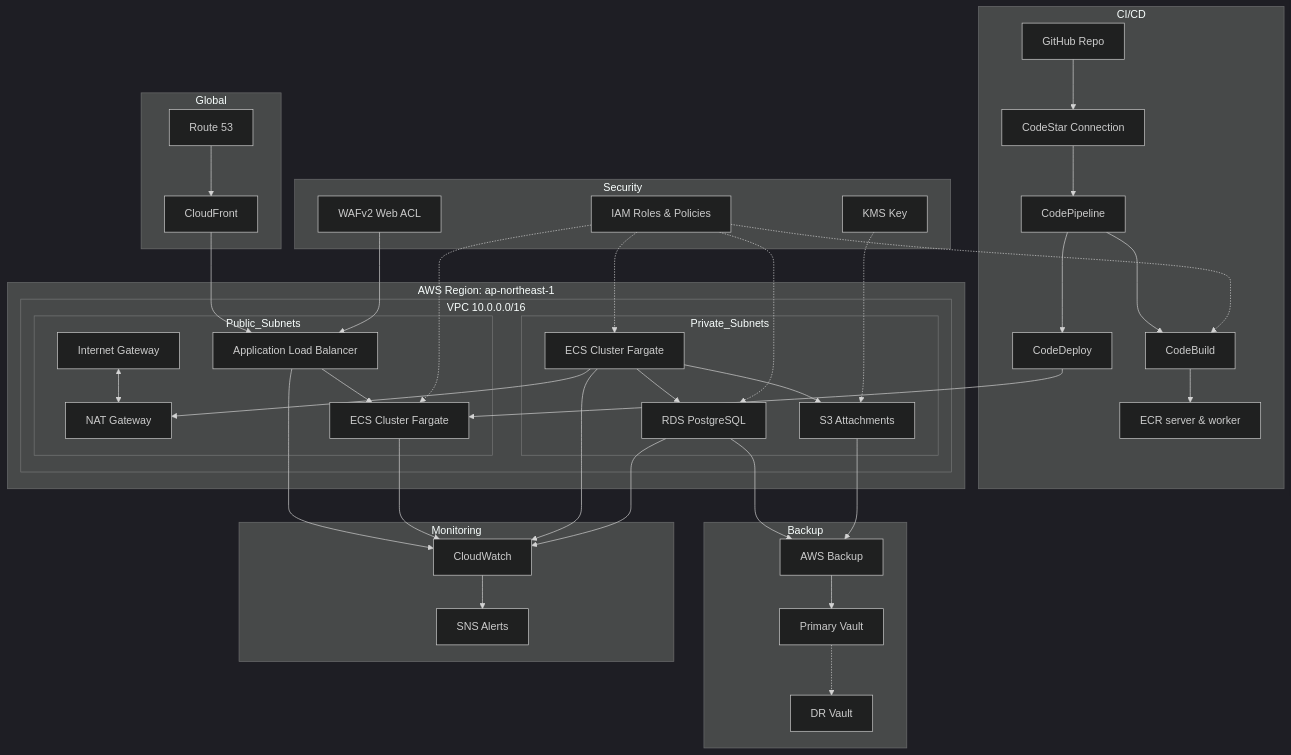
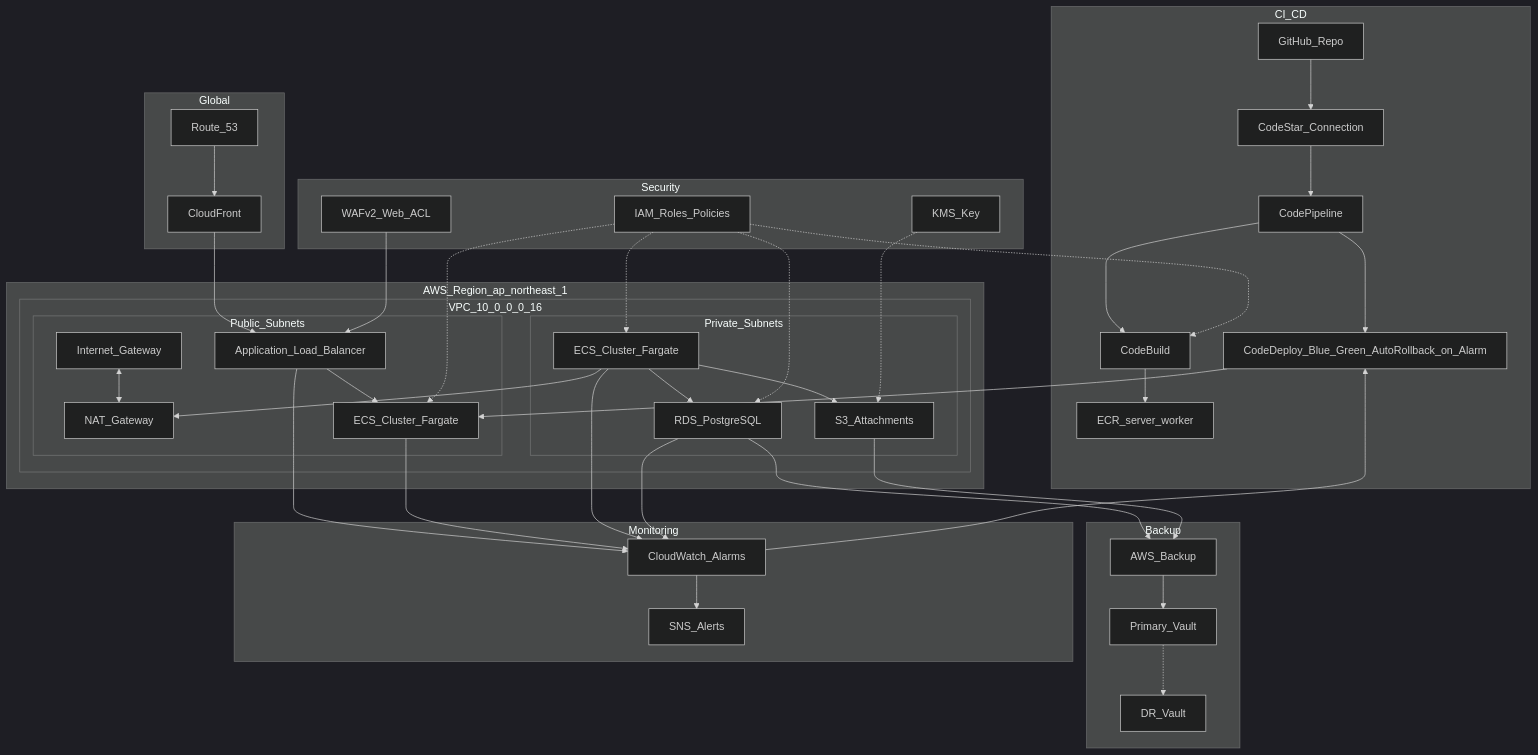
The first of 2 diagrams in README.md (Dakarakoso/challenge), drawn with Mermaid (dark theme) before and after one commit. The commit also changed other lines of this file and 12 other files, not shown here.

Commit message:
feat(ci_cd): add CloudWatch event trigger for automated deployments

````diff
--- a/README.md
+++ b/README.md
@@ -22,65 +22,68 @@
 ```mermaid
 graph TD
   %% CI/CD Pipeline
-  subgraph CI/CD
-    GH[GitHub Repo] --> CSC[CodeStar Connection]
+  subgraph CI_CD
+    GH[GitHub_Repo] --> CSC[CodeStar_Connection]
     CSC --> CP[CodePipeline]
     CP --> CB[CodeBuild]
-    CB --> ECR[ECR server & worker]
-    CP --> CD[CodeDeploy]
+    CB --> ECR[ECR_server_worker]
+    CP --> CD[CodeDeploy_Blue_Green_AutoRollback_on_Alarm]
   end
 
   %% Edge / DNS
   subgraph Global
-    R53[Route 53] --> CF[CloudFront]
+    R53[Route_53] --> CF[CloudFront]
   end
 
   %% Core Region (ap-northeast-1)
-  subgraph "AWS Region: ap-northeast-1"
-    subgraph VPC["VPC 10.0.0.0/16"]
+  subgraph AWS_Region_ap_northeast_1
+    subgraph VPC_10_0_0_0_16
       subgraph Public_Subnets
-        IGW[Internet Gateway]
-        NAT[NAT Gateway]
+        IGW[Internet_Gateway]
+        NAT[NAT_Gateway]
         IGW <--> NAT
-        ALB[Application Load Balancer] --> ECS_Public[ECS Cluster Fargate]
+        ALB[Application_Load_Balancer] --> ECS_Public[ECS_Cluster_Fargate]
       end
 
       subgraph Private_Subnets
-        ECS_Private[ECS Cluster Fargate] --> RDS[RDS PostgreSQL]
-        ECS_Private --> S3[S3 Attachments]
+        ECS_Private[ECS_Cluster_Fargate] --> RDS[RDS_PostgreSQL]
+        ECS_Private --> S3[S3_Attachments]
         ECS_Private --> NAT
       end
     end
 
     %% Edge & Deploy connections
     CF --> ALB
     CD --> ECS_Public
   end
 
   %% Backup & Monitoring
   subgraph Backup
-    AWSB[AWS Backup] --> PV[Primary Vault]
-    PV -.-> DRV[DR Vault]
+    AWSB[AWS_Backup] --> PV[Primary_Vault]
+    PV -.-> DRV[DR_Vault]
     RDS --> AWSB
     S3 --> AWSB
   end
 
   subgraph Monitoring
-    CW[CloudWatch] --> SNS[SNS Alerts]
+    CW[CloudWatch_Alarms] --> SNS[SNS_Alerts]
+    CW --> CD
+    %% CodeDeploy auto-rollback on alarm
     ALB --> CW
     ECS_Public --> CW
     ECS_Private --> CW
     RDS --> CW
   end
 
   %% Security
   subgraph Security
-    IAM[IAM Roles & Policies] -.-> CB
+    IAM[IAM_Roles_Policies] -.-> CB
     IAM -.-> ECS_Public
     IAM -.-> ECS_Private
     IAM -.-> RDS
-    KMS[KMS Key] -.-> S3
-    WAF[WAFv2 Web ACL] --> ALB
+    KMS[KMS_Key] -.-> S3
+    WAF[WAFv2_Web_ACL] --> ALB
   end
 
+
 ```
````
